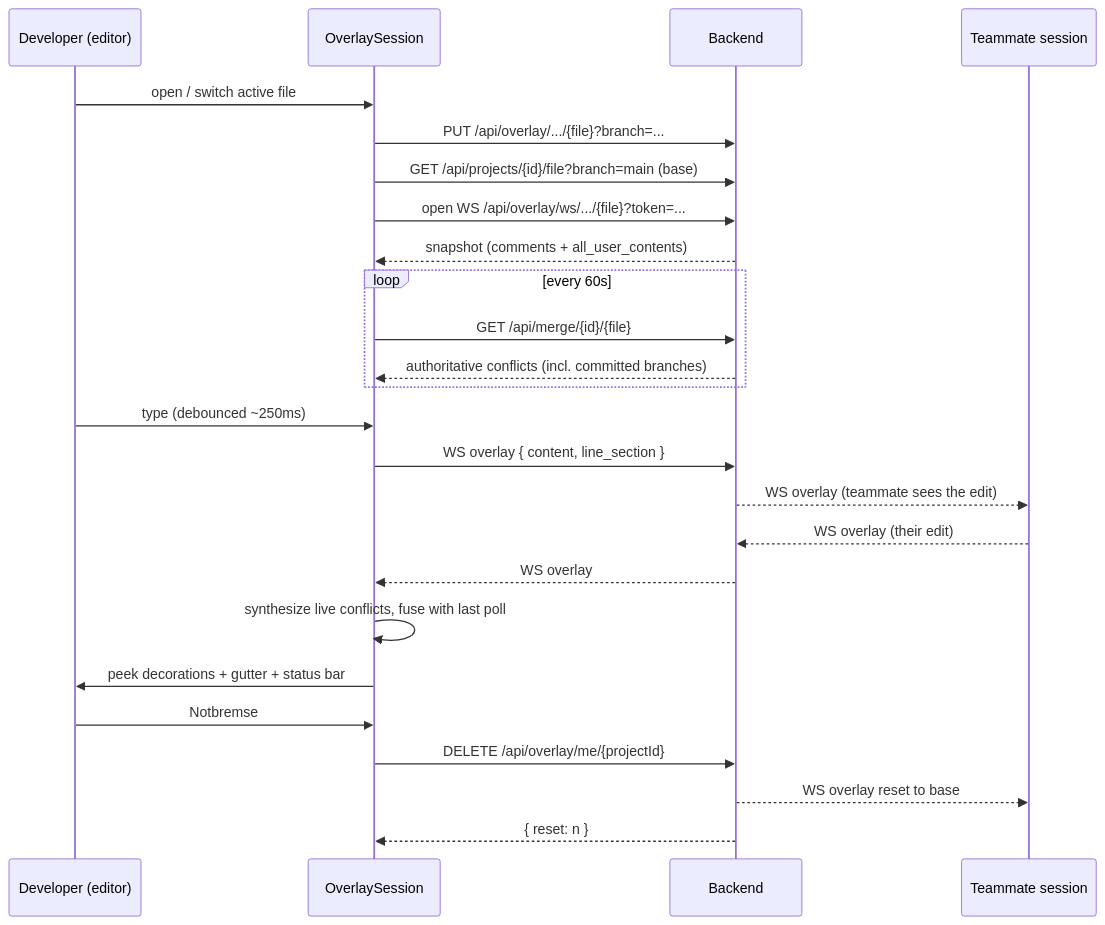
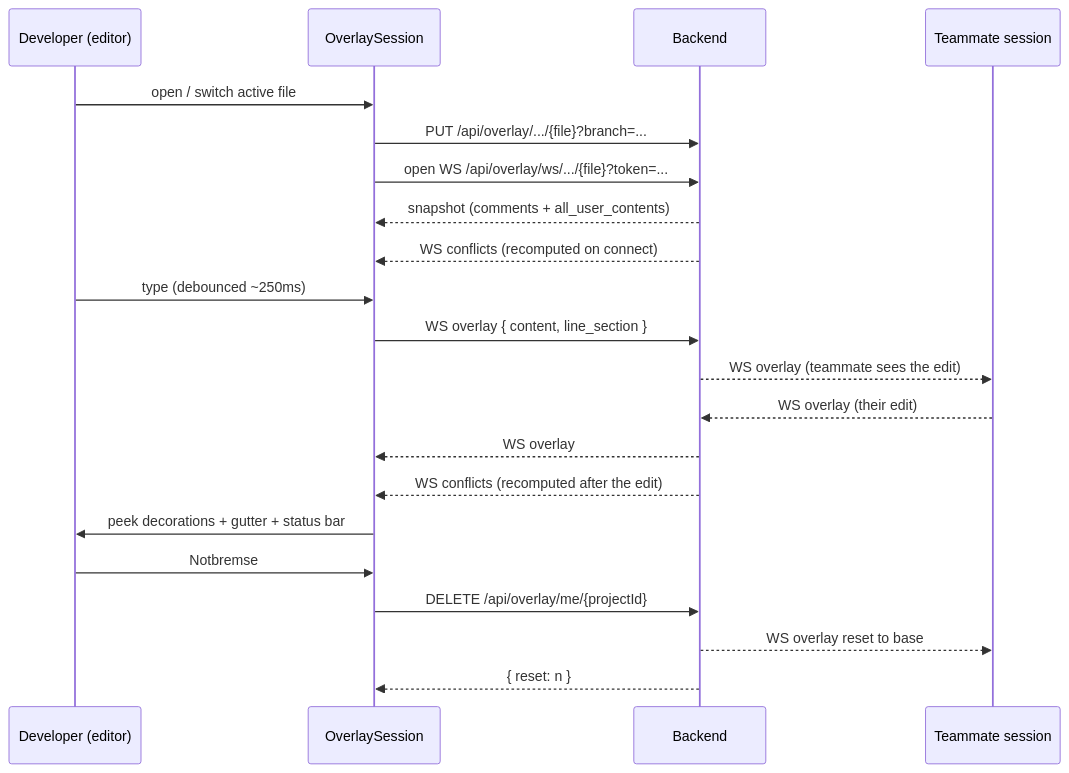
One commit to 191-iota/lightning-git changed the diagram in extension/README.md. Above: the diagram before and after it, drawn with Mermaid. The commit also changed other lines of this file, not shown here.

````diff
--- a/extension/README.md
+++ b/extension/README.md
@@ -67,31 +49,26 @@
 ```mermaid
 sequenceDiagram
     participant Dev as Developer (editor)
     participant Ext as OverlaySession
     participant BE as Backend
     participant Mate as Teammate session
 
     Dev->>Ext: open / switch active file
     Ext->>BE: PUT /api/overlay/.../{file}?branch=...
-    Ext->>BE: GET /api/projects/{id}/file?branch=main (base)
     Ext->>BE: open WS /api/overlay/ws/.../{file}?token=...
     BE-->>Ext: snapshot (comments + all_user_contents)
-
-    loop every 60s
-        Ext->>BE: GET /api/merge/{id}/{file}
-        BE-->>Ext: authoritative conflicts (incl. committed branches)
-    end
+    BE-->>Ext: WS conflicts (recomputed on connect)
 
     Dev->>Ext: type (debounced ~250ms)
     Ext->>BE: WS overlay { content, line_section }
     BE-->>Mate: WS overlay (teammate sees the edit)
     Mate-->>BE: WS overlay (their edit)
     BE-->>Ext: WS overlay
-    Ext->>Ext: synthesize live conflicts, fuse with last poll
+    BE-->>Ext: WS conflicts (recomputed after the edit)
     Ext->>Dev: peek decorations + gutter + status bar
 
     Dev->>Ext: Notbremse
     Ext->>BE: DELETE /api/overlay/me/{projectId}
     BE-->>Mate: WS overlay reset to base
     BE-->>Ext: { reset: n }
 ```
````
